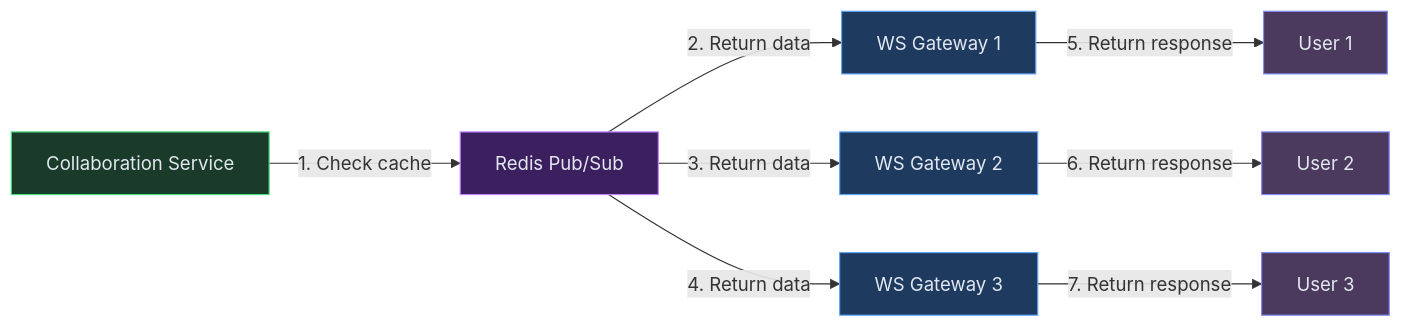
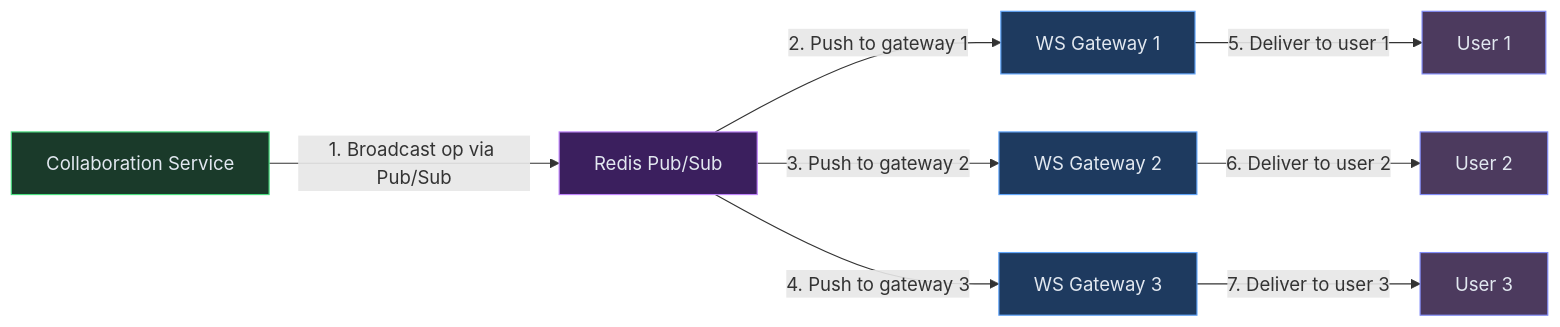
The ninth of 11 diagrams in content/hld/GoogleDocs.md (iluzn/HLD-Designs), drawn with Mermaid before and after one commit. The commit also changed other lines of this file and 27 other files, not shown here.

````diff
--- a/content/hld/GoogleDocs.md
+++ b/content/hld/GoogleDocs.md
@@ -516,24 +516,24 @@
 ```mermaid
 flowchart LR
     CS["Collaboration Service"]:::service
     RPS["Redis Pub/Sub"]:::async
     WSG1["WS Gateway 1"]:::edge
     WSG2["WS Gateway 2"]:::edge
     WSG3["WS Gateway 3"]:::edge
     U1["User 1"]:::client
     U2["User 2"]:::client
     U3["User 3"]:::client
 
-    CS -->|"1. Check cache"| RPS
-    RPS -->|"2. Return data"| WSG1
-    RPS -->|"3. Return data"| WSG2
-    RPS -->|"4. Return data"| WSG3
-    WSG1 -->|"5. Return response"| U1
-    WSG2 -->|"6. Return response"| U2
-    WSG3 -->|"7. Return response"| U3
+    CS -->|"1. Broadcast op via Pub/Sub"| RPS
+    RPS -->|"2. Push to gateway 1"| WSG1
+    RPS -->|"3. Push to gateway 2"| WSG2
+    RPS -->|"4. Push to gateway 3"| WSG3
+    WSG1 -->|"5. Deliver to user 1"| U1
+    WSG2 -->|"6. Deliver to user 2"| U2
+    WSG3 -->|"7. Deliver to user 3"| U3
 
     classDef client fill:#4c3a5e,stroke:#818cf8,color:#e2e8f0
     classDef edge fill:#1e3a5f,stroke:#60a5fa,color:#e2e8f0
     classDef service fill:#1a3a2a,stroke:#4ade80,color:#e2e8f0
     classDef async fill:#3b1f5e,stroke:#c084fc,color:#e2e8f0
 ```
````
